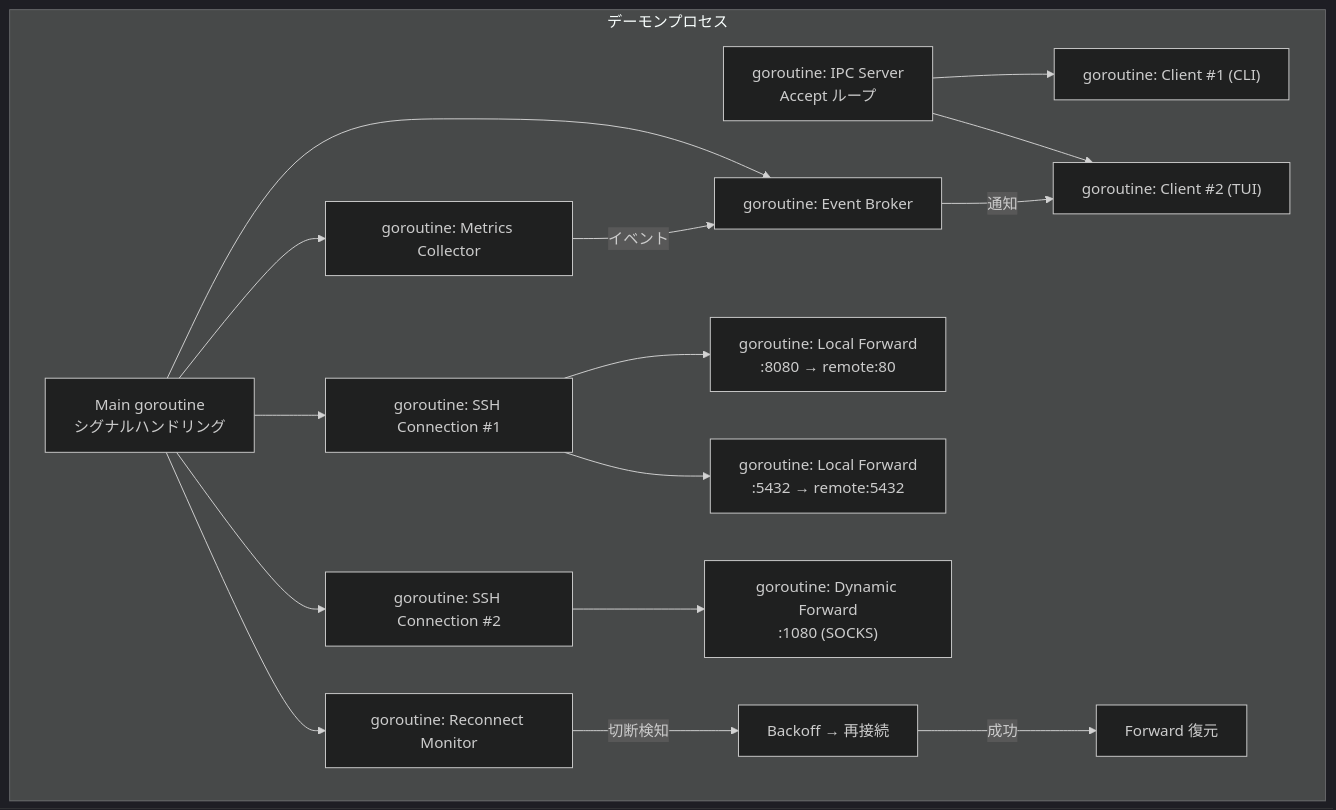
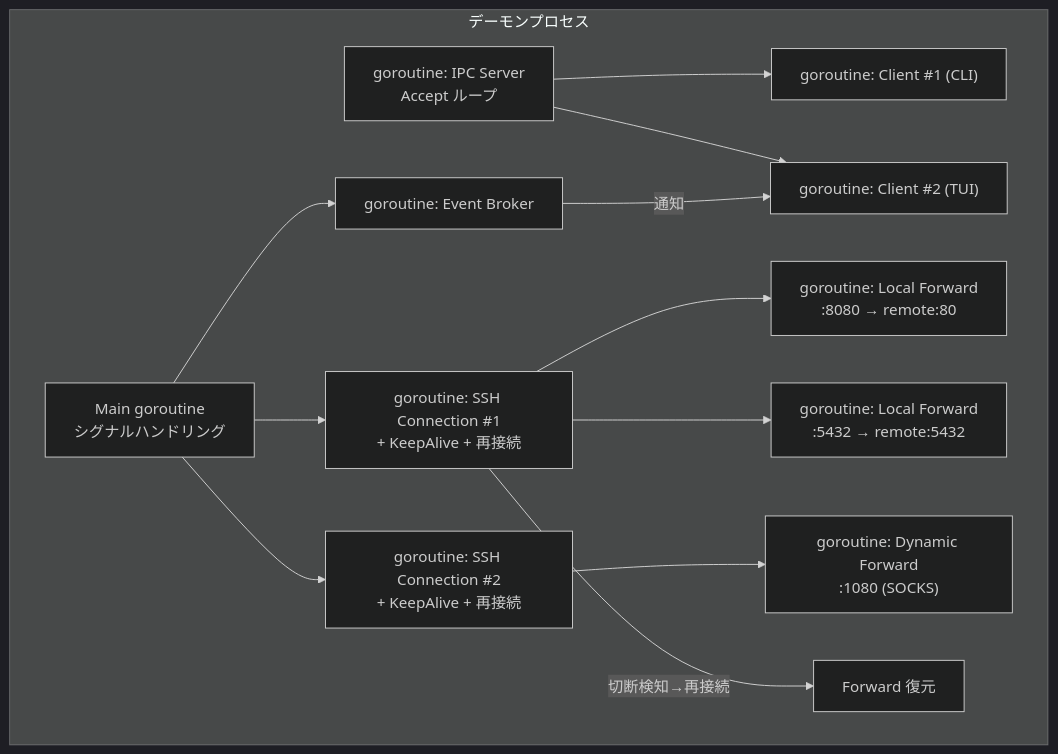
Diagram 19 of 20 in docs/architecture/overview.md (ousiassllc/MolePort), drawn with Mermaid (dark theme) before and after one commit. The commit also changed other lines of this file and 1 other file, not shown here.

````diff
--- a/docs/architecture/overview.md
+++ b/docs/architecture/overview.md
@@ -904,25 +908,21 @@
 ```mermaid
 graph TD
     subgraph Daemon["デーモンプロセス"]
         Main["Main goroutine<br/>シグナルハンドリング"]
         IPC["goroutine: IPC Server<br/>Accept ループ"]
 
         IPC --> Client1["goroutine: Client #1 (CLI)"]
         IPC --> Client2["goroutine: Client #2 (TUI)"]
 
-        Main --> Conn1["goroutine: SSH Connection #1"]
-        Main --> Conn2["goroutine: SSH Connection #2"]
-        Main --> Monitor["goroutine: Reconnect Monitor"]
-        Main --> Metrics["goroutine: Metrics Collector"]
+        Main --> Conn1["goroutine: SSH Connection #1<br/>+ KeepAlive + 再接続"]
+        Main --> Conn2["goroutine: SSH Connection #2<br/>+ KeepAlive + 再接続"]
         Main --> Broker["goroutine: Event Broker"]
 
         Conn1 --> Fwd1["goroutine: Local Forward<br/>:8080 → remote:80"]
         Conn1 --> Fwd2["goroutine: Local Forward<br/>:5432 → remote:5432"]
         Conn2 --> Fwd3["goroutine: Dynamic Forward<br/>:1080 (SOCKS)"]
 
-        Monitor --> |切断検知| Reconnect["Backoff → 再接続"]
-        Reconnect --> |成功| Restore["Forward 復元"]
-        Metrics --> |イベント| Broker
+        Conn1 --> |切断検知→再接続| Restore1["Forward 復元"]
         Broker --> |通知| Client2
     end
 ```
````
